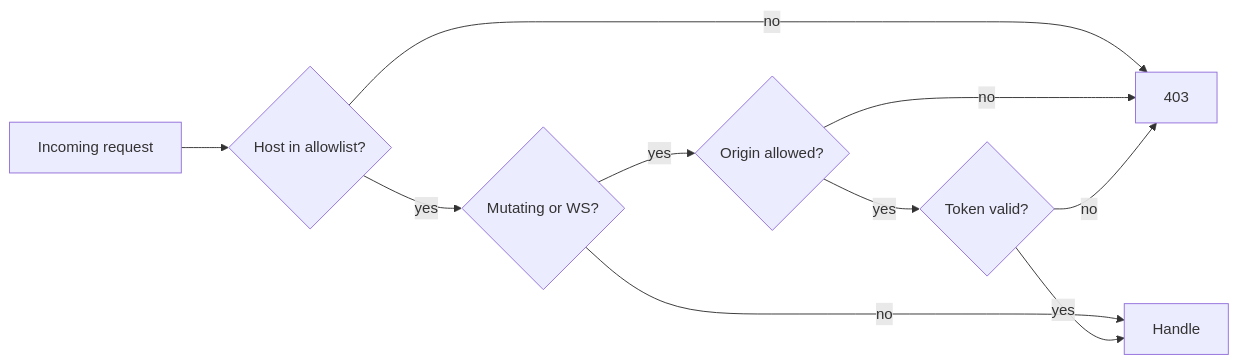
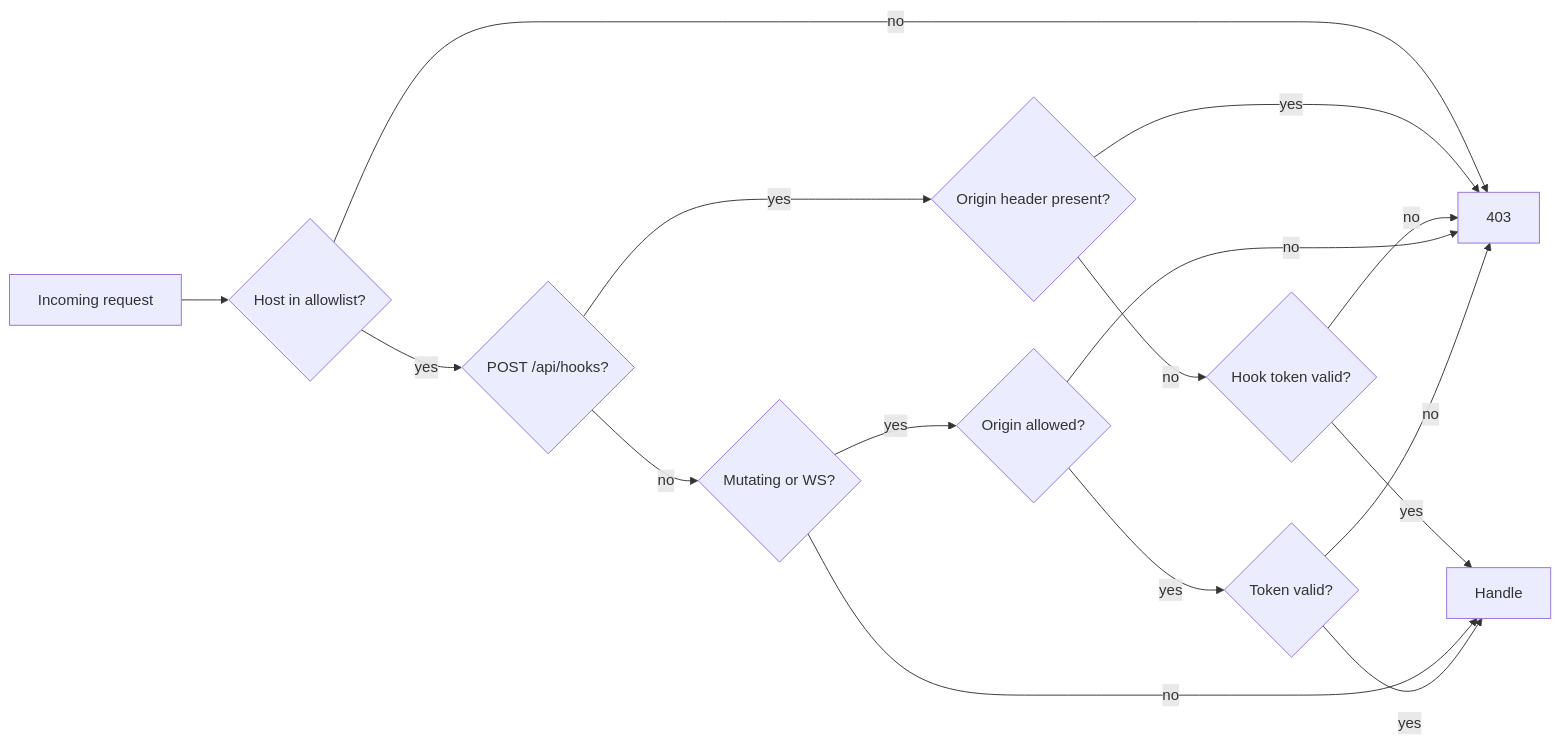
One commit to Dev-Sebi/Paneful-Manager changed the fourth of 6 diagrams in docs/architecture.md. Above: the diagram before and after it, drawn with Mermaid. The commit also changed other lines of this file and 4 other files, not shown here.

````diff
--- a/docs/architecture.md
+++ b/docs/architecture.md
@@ -218,12 +226,18 @@
 ```mermaid
 flowchart LR
   REQ[Incoming request] --> H{Host in allowlist?}
   H -- no --> X403[403]
-  H -- yes --> M{Mutating or WS?}
+  H -- yes --> K{POST /api/hooks?}
+  K -- yes --> HO{Origin header present?}
+  HO -- yes --> X403
+  HO -- no --> HT{Hook token valid?}
+  HT -- no --> X403
+  HT -- yes --> OK
+  K -- no --> M{Mutating or WS?}
   M -- no --> OK[Handle]
   M -- yes --> O{Origin allowed?}
   O -- no --> X403
   O -- yes --> T{Token valid?}
   T -- no --> X403
   T -- yes --> OK
 ```
````
